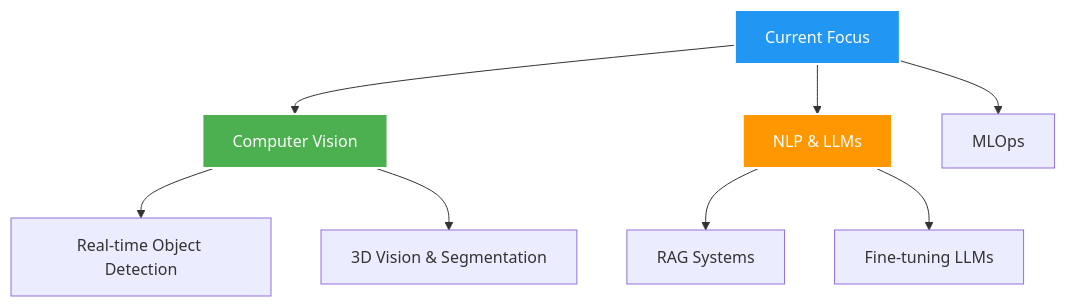
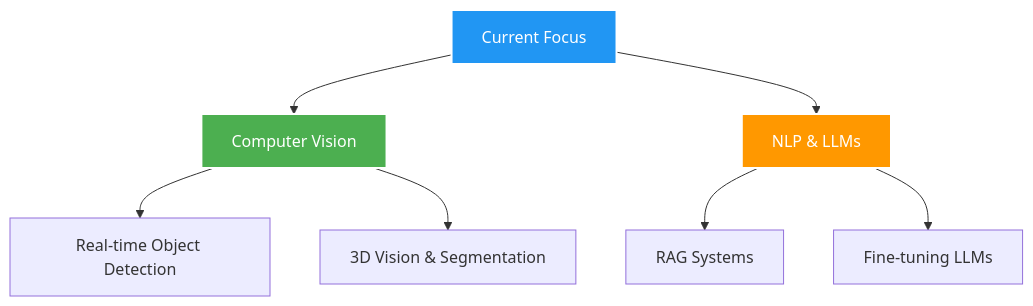
Before and after one commit to ilyas-ourara/ilyas-ourara: the diagram in README.md, drawn with Mermaid.

Commit message:
Update focus diagram in README
Removed MLOps focus from the current focus diagram.

````diff
--- a/README.md
+++ b/README.md
@@ -131,19 +131,19 @@
 ```mermaid
 graph TD
     A[Current Focus] --> B[Computer Vision]
     A --> C[NLP & LLMs]
-    A --> D[MLOps]
+  
     
     B --> E[Real-time Object Detection]
     B --> F[3D Vision & Segmentation]
     
     C --> G[RAG Systems]
     C --> H[Fine-tuning LLMs]
     
  
     
     style A fill:#2196F3,stroke:#fff,stroke-width:2px,color:#fff
     style B fill:#4CAF50,stroke:#fff,stroke-width:2px,color:#fff
     style C fill:#FF9800,stroke:#fff,stroke-width:2px,color:#fff
   
 ```
````
